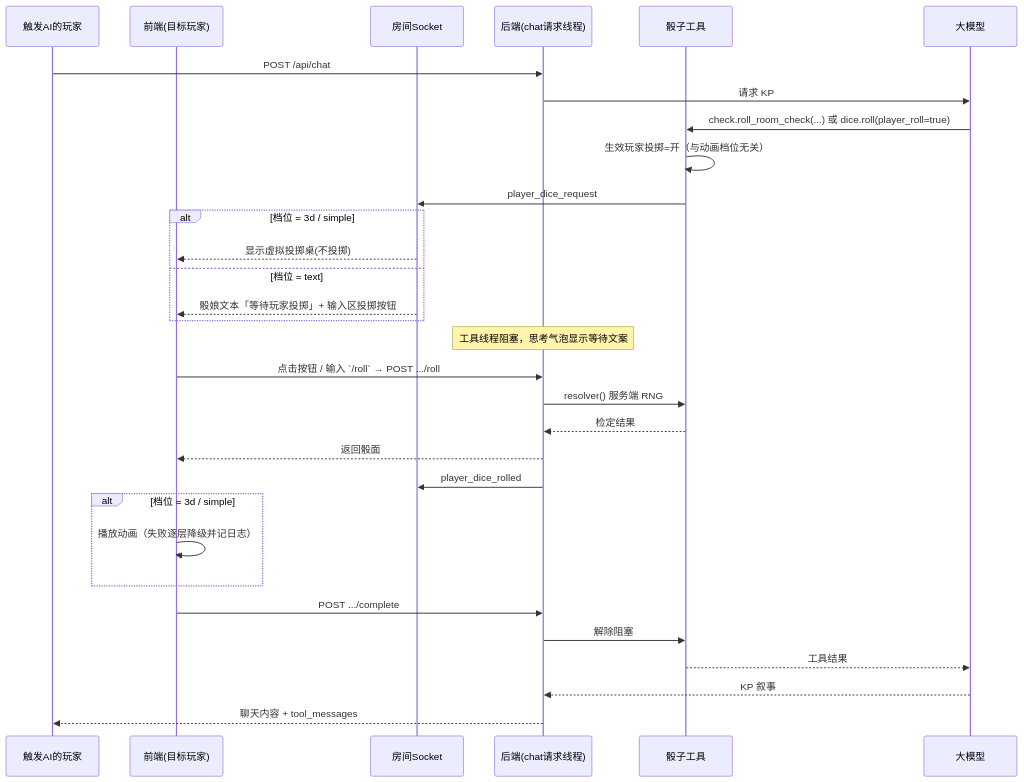
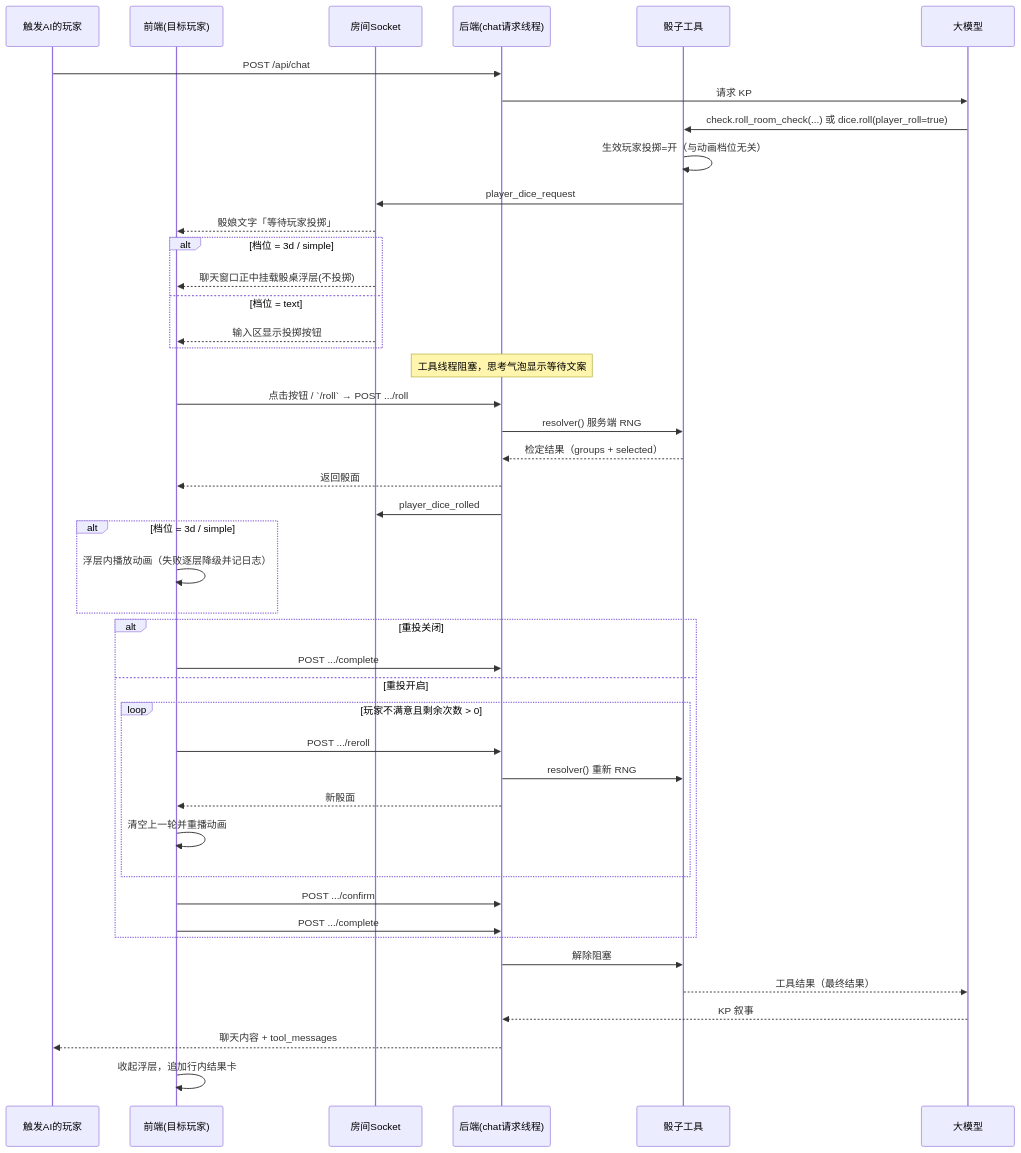
The diagram in docs/superpowers/specs/2026-10-21-modern-dice-animation-player-roll-design.md (Nobook1121/The-Veil), drawn with Mermaid before and after one commit. The commit also changed other lines of this file and 39 other files, not shown here.

````diff
--- a/docs/superpowers/specs/2026-10-21-modern-dice-animation-player-roll-design.md
+++ b/docs/superpowers/specs/2026-10-21-modern-dice-animation-player-roll-design.md
@@ -791,34 +1107,47 @@
 ```mermaid
 sequenceDiagram
     participant P as 触发AI的玩家
     participant S as 前端(目标玩家)
     participant R as 房间Socket
     participant B as 后端(chat请求线程)
     participant D as 骰子工具
     participant AI as 大模型
 
     P->>B: POST /api/chat
     B->>AI: 请求 KP
     AI->>D: check.roll_room_check(...) 或 dice.roll(player_roll=true)
     D->>D: 生效玩家投掷=开（与动画档位无关）
     D->>R: player_dice_request
+    R-->>S: 骰娘文字「等待玩家投掷」
     alt 档位 = 3d / simple
-        R-->>S: 显示虚拟投掷桌(不投掷)
+        R-->>S: 聊天窗口正中挂载骰桌浮层(不投掷)
     else 档位 = text
-        R-->>S: 骰娘文本「等待玩家投掷」+ 输入区投掷按钮
+        R-->>S: 输入区显示投掷按钮
     end
     Note over B: 工具线程阻塞，思考气泡显示等待文案
-    S->>B: 点击按钮 / 输入 `/roll` → POST .../roll
+    S->>B: 点击按钮 / `/roll` → POST .../roll
     B->>D: resolver() 服务端 RNG
-    D-->>B: 检定结果
+    D-->>B: 检定结果（groups + selected）
     B-->>S: 返回骰面
     B->>R: player_dice_rolled
     alt 档位 = 3d / simple
-        S->>S: 播放动画（失败逐层降级并记日志）
+        S->>S: 浮层内播放动画（失败逐层降级并记日志）
     end
-    S->>B: POST .../complete
+    alt 重投关闭
+        S->>B: POST .../complete
+    else 重投开启
+        loop 玩家不满意且剩余次数 > 0
+            S->>B: POST .../reroll
+            B->>D: resolver() 重新 RNG
+            B-->>S: 新骰面
+            S->>S: 清空上一轮并重播动画
+        end
+        S->>B: POST .../confirm
+        S->>B: POST .../complete
+    end
     B->>D: 解除阻塞
-    D-->>AI: 工具结果
+    D-->>AI: 工具结果（最终结果）
     AI-->>B: KP 叙事
     B-->>P: 聊天内容 + tool_messages
+    S->>S: 收起浮层，追加行内结果卡
 ```
````
